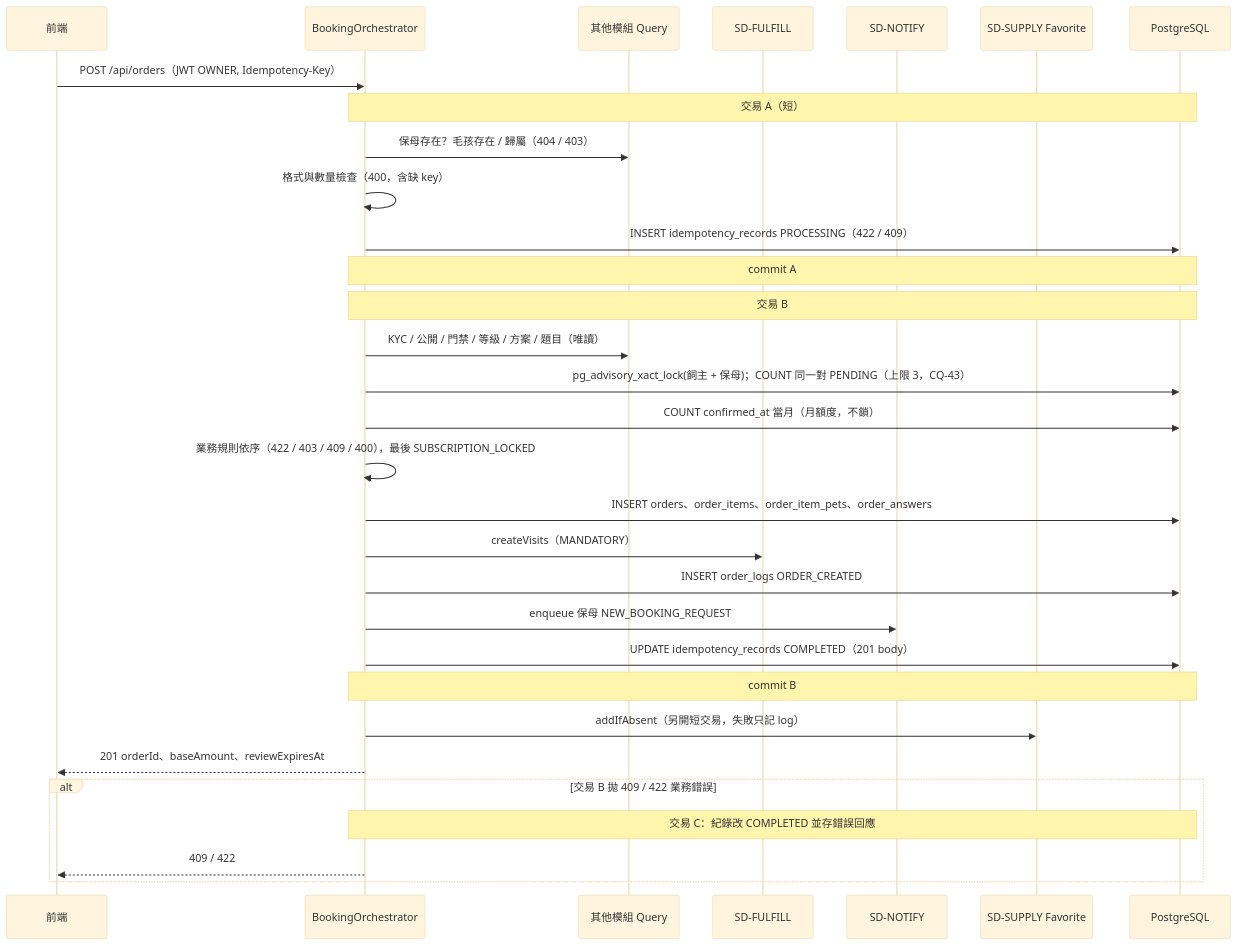
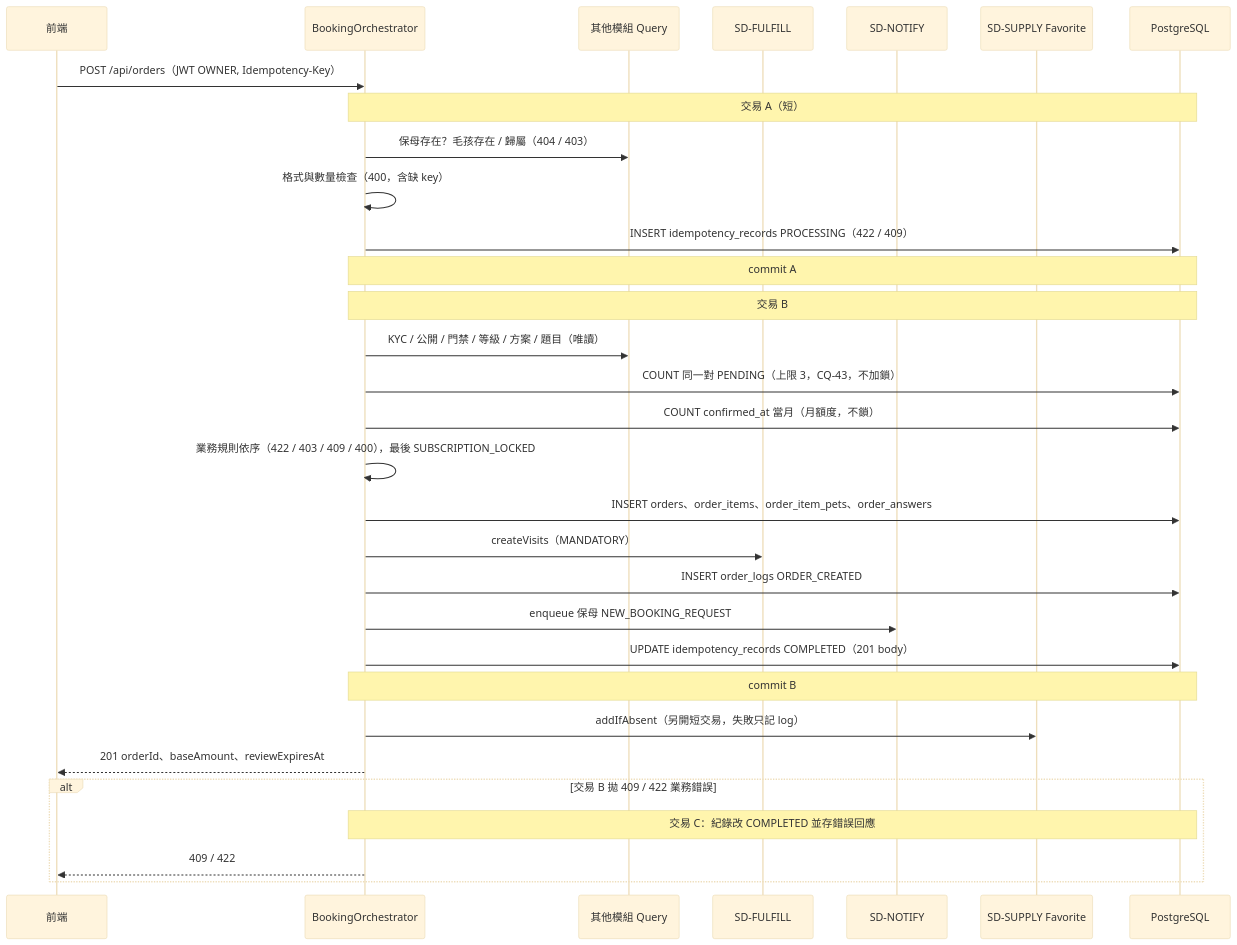
The sixth of 11 diagrams in docs/sd/SD-ORDER.md (willchiangch/cat-sitter-project), drawn with Mermaid (base theme) before and after one commit. The commit also changed other lines of this file and 3 other files, not shown here.

````diff
--- a/docs/sd/SD-ORDER.md
+++ b/docs/sd/SD-ORDER.md
@@ -721,33 +721,33 @@
 ```mermaid
 sequenceDiagram
     participant FE as 前端
     participant ORC as BookingOrchestrator
     participant EXT as 其他模組 Query
     participant FUL as SD-FULFILL
     participant NOT as SD-NOTIFY
     participant SUP as SD-SUPPLY Favorite
     participant DB as PostgreSQL
     FE->>ORC: POST /api/orders（JWT OWNER, Idempotency-Key）
     Note over ORC,DB: 交易 A（短）
     ORC->>EXT: 保母存在？毛孩存在 / 歸屬（404 / 403）
     ORC->>ORC: 格式與數量檢查（400，含缺 key）
     ORC->>DB: INSERT idempotency_records PROCESSING（422 / 409）
     Note over ORC,DB: commit A
     Note over ORC,DB: 交易 B
     ORC->>EXT: KYC / 公開 / 門禁 / 等級 / 方案 / 題目（唯讀）
-    ORC->>DB: pg_advisory_xact_lock(飼主 + 保母)；COUNT 同一對 PENDING（上限 3，CQ-43）
+    ORC->>DB: COUNT 同一對 PENDING（上限 3，CQ-43，不加鎖）
     ORC->>DB: COUNT confirmed_at 當月（月額度，不鎖）
     ORC->>ORC: 業務規則依序（422 / 403 / 409 / 400），最後 SUBSCRIPTION_LOCKED
     ORC->>DB: INSERT orders、order_items、order_item_pets、order_answers
     ORC->>FUL: createVisits（MANDATORY）
     ORC->>DB: INSERT order_logs ORDER_CREATED
     ORC->>NOT: enqueue 保母 NEW_BOOKING_REQUEST
     ORC->>DB: UPDATE idempotency_records COMPLETED（201 body）
     Note over ORC,DB: commit B
     ORC->>SUP: addIfAbsent（另開短交易，失敗只記 log）
     ORC-->>FE: 201 orderId、baseAmount、reviewExpiresAt
     alt 交易 B 拋 409 / 422 業務錯誤
         Note over ORC,DB: 交易 C：紀錄改 COMPLETED 並存錯誤回應
         ORC-->>FE: 409 / 422
     end
 ```
````
